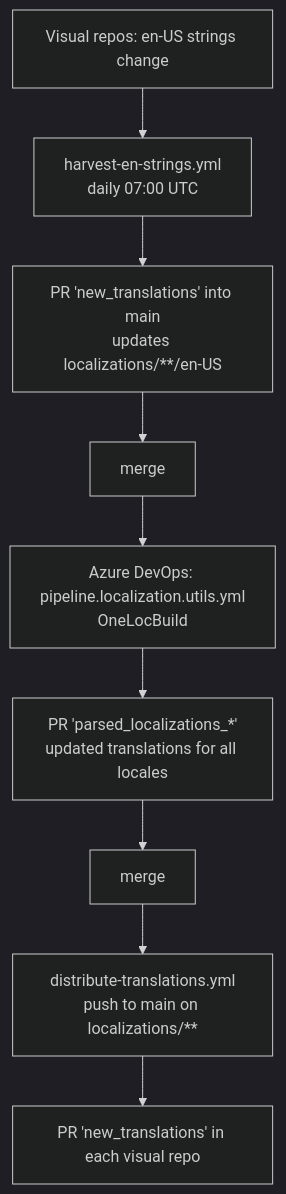
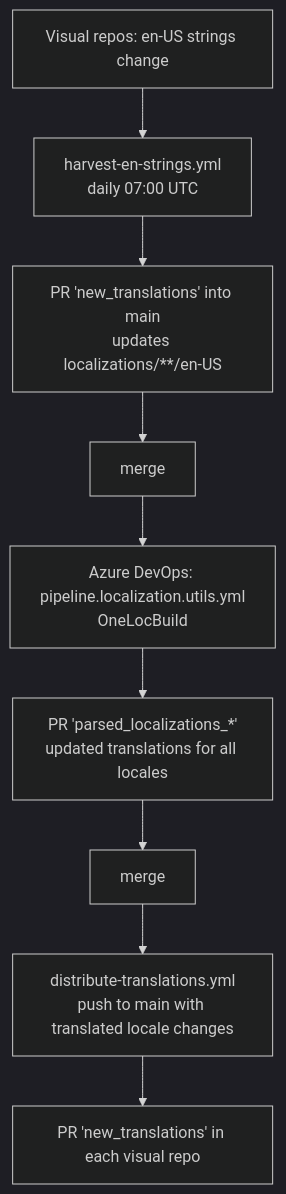
The diagram in README.md (microsoft/powerbi-visuals-utils-localizationutils), drawn with Mermaid (dark theme) before and after one commit. The commit also changed other lines of this file and 4 other files, not shown here.

````diff
--- a/README.md
+++ b/README.md
@@ -27,11 +27,11 @@
 ```mermaid
 flowchart TD
     A[Visual repos: en-US strings change] --> B[harvest-en-strings.yml<br/>daily 07:00 UTC]
     B --> C[PR 'new_translations' into main<br/>updates localizations/**/en-US]
     C --> D[merge]
     D --> E[Azure DevOps: pipeline.localization.utils.yml<br/>OneLocBuild]
     E --> F[PR 'parsed_localizations_*'<br/>updated translations for all locales]
     F --> G[merge]
-    G --> H[distribute-translations.yml<br/>push to main on localizations/**]
+    G --> H[distribute-translations.yml<br/>push to main with translated locale changes]
     H --> I[PR 'new_translations' in each visual repo]
 ```
````
